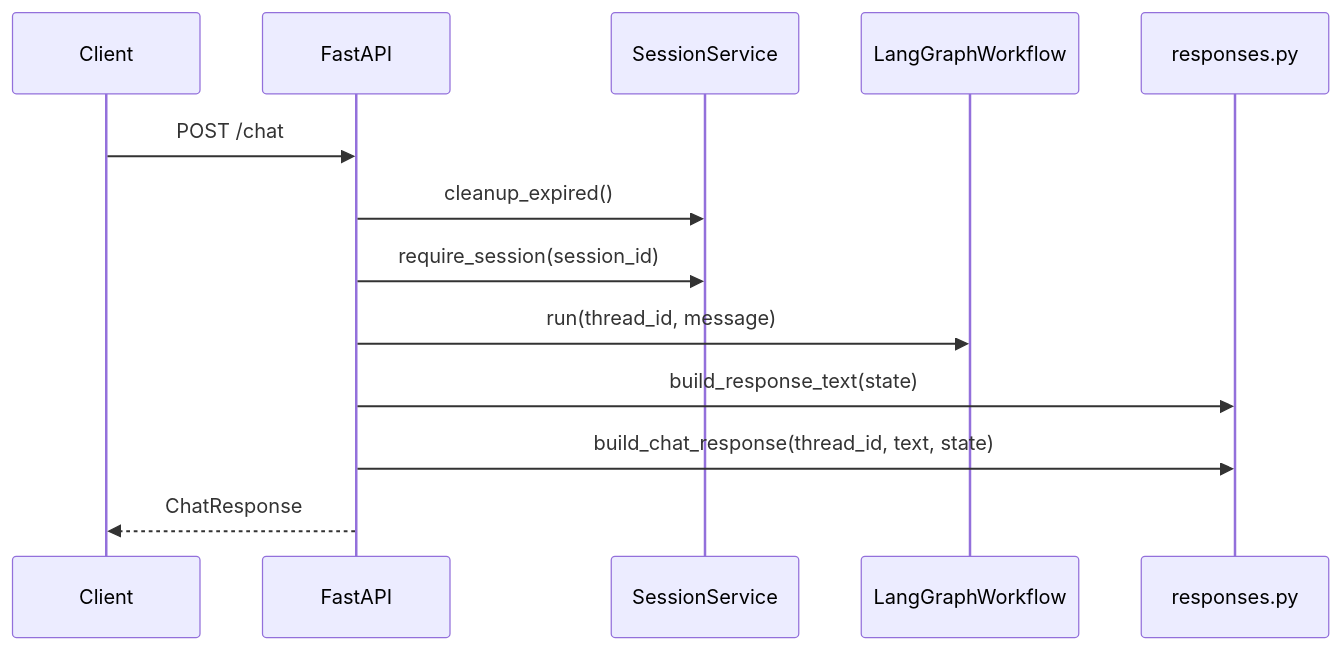
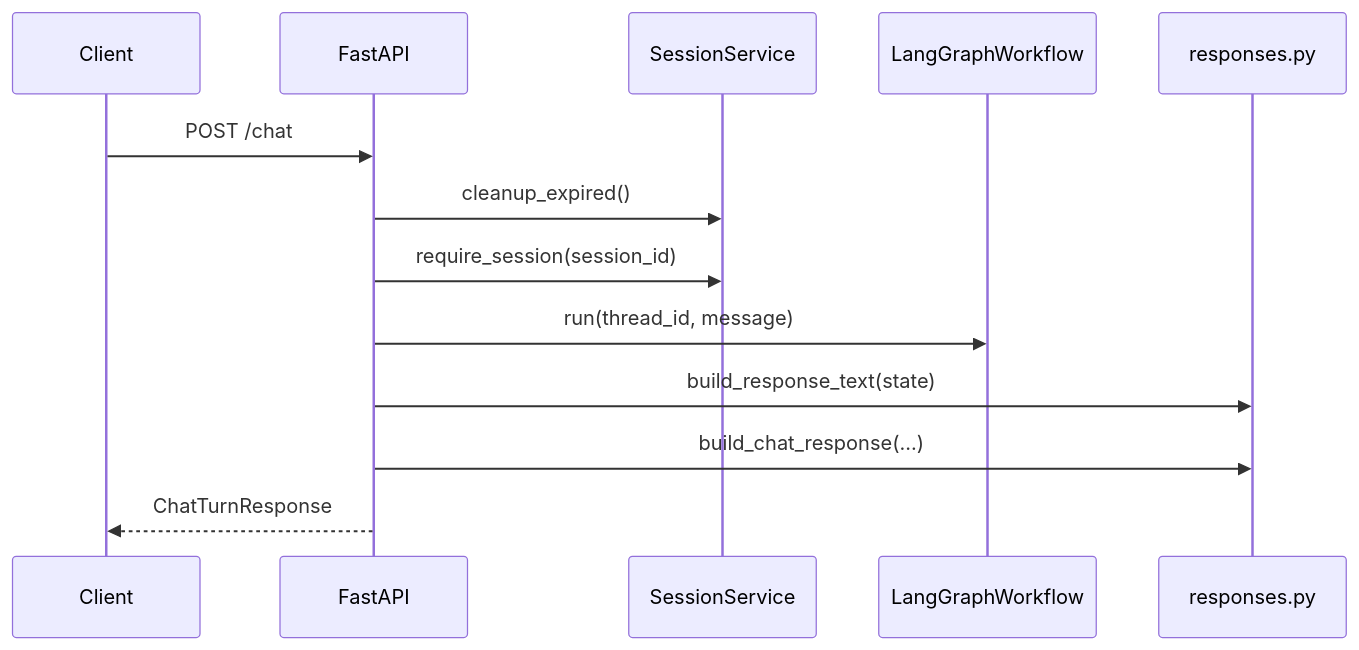
Before and after one commit to ktakanopy/appointment-bot: the third of 3 diagrams in docs/architecture.md, drawn with Mermaid. The commit also changed other lines of this file and 10 other files, not shown here.

````diff
--- a/docs/architecture.md
+++ b/docs/architecture.md
@@ -132,16 +151,16 @@
 ```mermaid
 sequenceDiagram
     participant client as Client
     participant api as FastAPI
-    participant sessionSvc as SessionService
+    participant sessions as SessionService
     participant workflow as LangGraphWorkflow
     participant responses as responses.py
 
     client->>api: POST /chat
-    api->>sessionSvc: cleanup_expired()
-    api->>sessionSvc: require_session(session_id)
+    api->>sessions: cleanup_expired()
+    api->>sessions: require_session(session_id)
     api->>workflow: run(thread_id, message)
     api->>responses: build_response_text(state)
-    api->>responses: build_chat_response(thread_id, text, state)
-    api-->>client: ChatResponse
+    api->>responses: build_chat_response(...)
+    api-->>client: ChatTurnResponse
 ```
````
